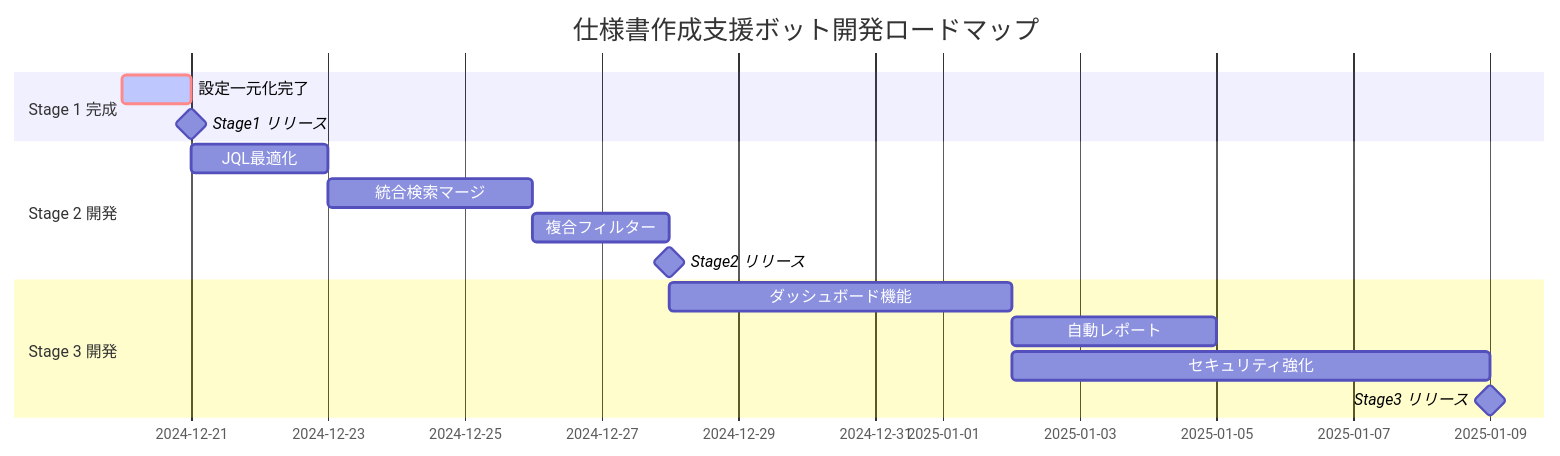
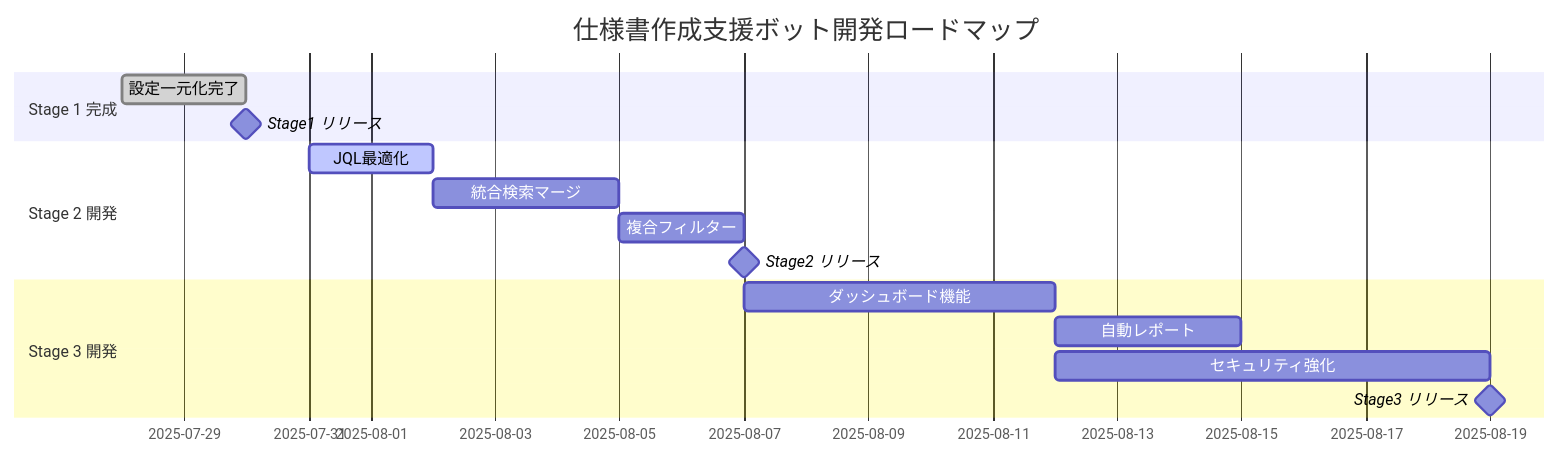
Before and after one commit to gucchon001/attratian_chatbot: the diagram in docs/SPEC-DS-001 開発設計書.md, drawn with Mermaid. The commit also changed other lines of this file, not shown here.

````diff
--- a/docs/SPEC-DS-001 開発設計書.md
+++ b/docs/SPEC-DS-001 開発設計書.md
@@ -207,20 +208,20 @@
 ```mermaid
 gantt
     title 仕様書作成支援ボット開発ロードマップ
     dateFormat  YYYY-MM-DD
     section Stage 1 完成
-    設定一元化完了           :crit, active, s1-4, 2024-12-20, 0.5d
-    Stage1 リリース         :milestone, s1-rel, after s1-4, 0d
+    設定一元化完了           :done, s1-4, 2025-07-28, 2025-07-30
+    Stage1 リリース         :milestone, s1-rel, 2025-07-30, 0d
     
     section Stage 2 開発  
-    JQL最適化              :s2-1, after s1-rel, 2d
+    JQL最適化              :active, s2-1, 2025-07-31, 2d
     統合検索マージ          :s2-2, after s2-1, 3d
     複合フィルター          :s2-3, after s2-2, 2d
     Stage2 リリース         :milestone, s2-rel, after s2-3, 0d
     
     section Stage 3 開発
     ダッシュボード機能      :s3-1, after s2-rel, 5d
     自動レポート           :s3-2, after s3-1, 3d
     セキュリティ強化       :s3-3, after s3-1, 7d
     Stage3 リリース        :milestone, s3-rel, after s3-3, 0d
 ```
````
